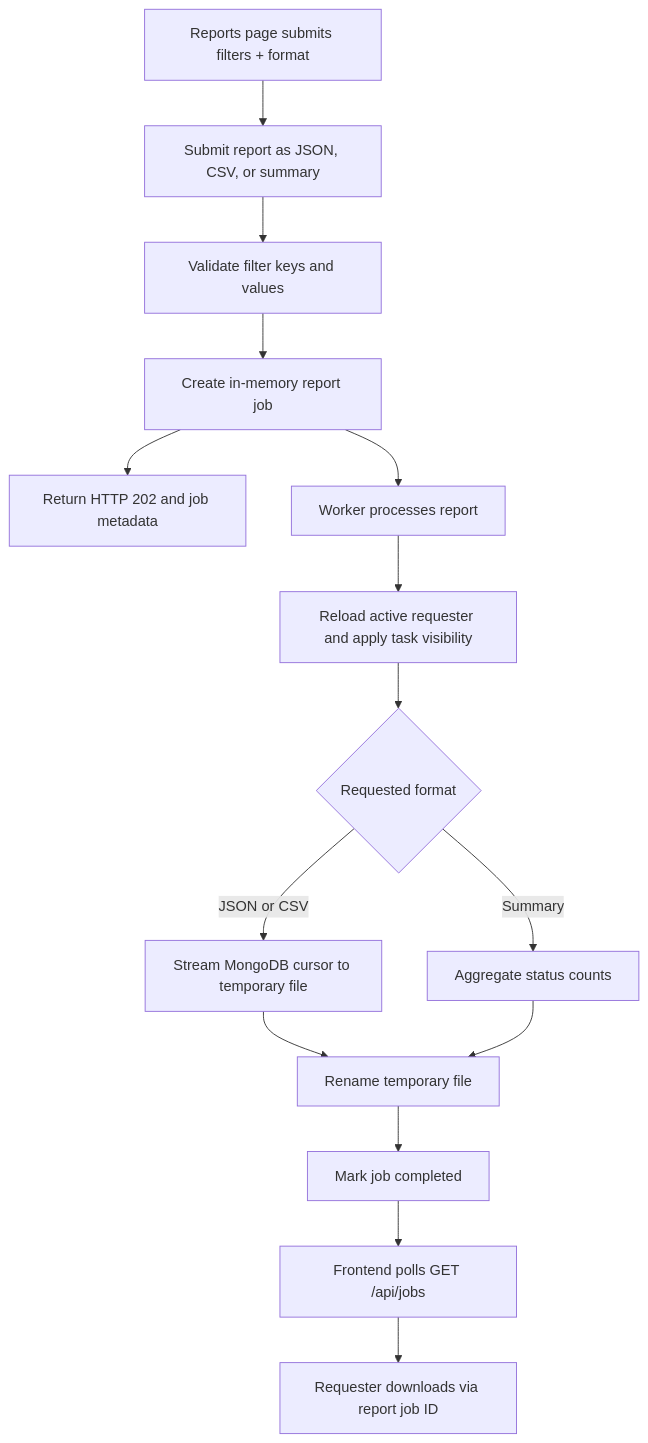
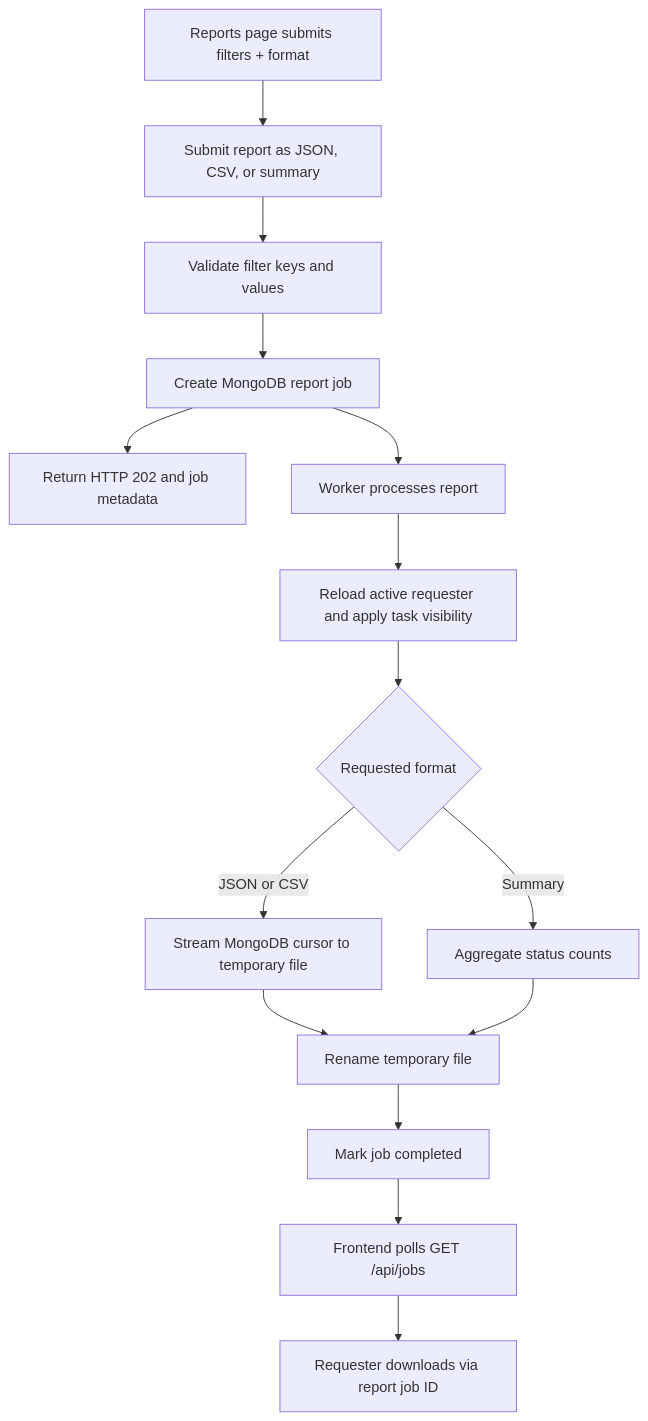
One commit to GayathriReddy02/TaskManagement changed the fourth of 5 diagrams in docs/ARCHITECTURE.md. Above: the diagram before and after it, drawn with Mermaid. The commit also changed other lines of this file and 49 other files, not shown here.

````diff
--- a/docs/ARCHITECTURE.md
+++ b/docs/ARCHITECTURE.md
@@ -305,17 +306,17 @@
 ```mermaid
 flowchart TD
     A[Reports page submits filters + format] --> B[Submit report as JSON, CSV, or summary]
     B --> C[Validate filter keys and values]
-    C --> D[Create in-memory report job]
+    C --> D[Create MongoDB report job]
     D --> E[Return HTTP 202 and job metadata]
     D --> F[Worker processes report]
     F --> G[Reload active requester and apply task visibility]
     G --> H{Requested format}
     H -->|JSON or CSV| I[Stream MongoDB cursor to temporary file]
     H -->|Summary| J[Aggregate status counts]
     I --> K[Rename temporary file]
     J --> K
     K --> L[Mark job completed]
     L --> M[Frontend polls GET /api/jobs]
     M --> N[Requester downloads via report job ID]
 ```
````
